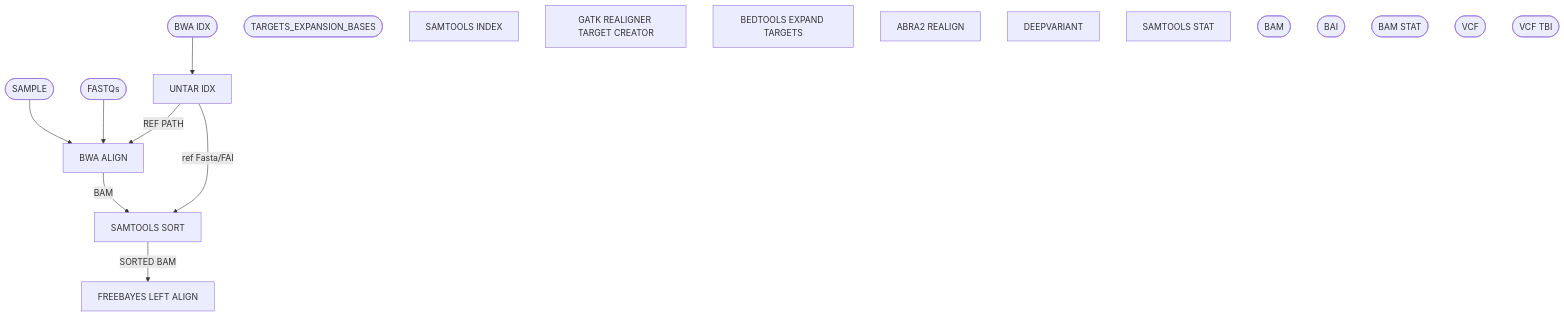
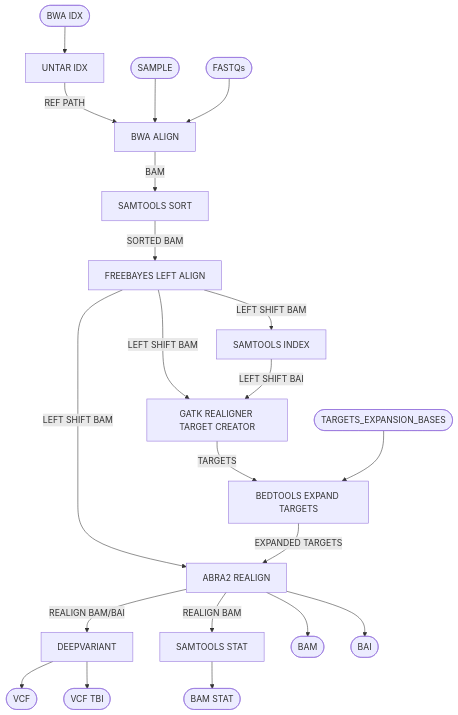
One commit to twlab/cig-pipelines changed the diagram in wdl/pipelines/genome/wgs.doc.md. Above: the diagram before and after it, drawn with Mermaid.

````diff
--- a/wdl/pipelines/genome/wgs.doc.md
+++ b/wdl/pipelines/genome/wgs.doc.md
@@ -6,31 +6,37 @@
 ```mermaid
   flowchart TB;
       i1([SAMPLE])
       i2([FASTQs]);
       i3([BWA IDX]);
       i4([TARGETS_EXPANSION_BASES])
 
       s1[UNTAR IDX];
       s2[BWA ALIGN];
       s3[SAMTOOLS SORT];
       s4[FREEBAYES LEFT ALIGN];
       s5[SAMTOOLS INDEX];
       s6[GATK REALIGNER TARGET CREATOR];
       s7[BEDTOOLS EXPAND TARGETS];
       s8[ABRA2 REALIGN];
       s9[DEEPVARIANT];
       s10[SAMTOOLS STAT];
 
       o1([BAM])
       o2([BAI])
       o3([BAM STAT])
       o4([VCF])
       o5([VCF TBI])
 
-    
       i3-->s1;
       s1--REF PATH-->s2; i1-->s2; i2-->s2;
       s2--BAM-->s3;
-      s3--SORTED BAM-->s4; s1--ref Fasta/FAI-->s3;
+      s3--SORTED BAM-->s4;
+      s4--LEFT SHIFT BAM-->s5;
+      s4--LEFT SHIFT BAM-->s6; s5--LEFT SHIFT BAI-->s6;
+      s6--TARGETS-->s7; i4-->s7;
+      s4--LEFT SHIFT BAM-->s8; s7--EXPANDED TARGETS-->s8;
+      s8--REALIGN BAM/BAI-->s9;
+      s8--REALIGN BAM-->s10;
       
+      s8-->o1; s8-->o2; s9-->o4; s9-->o5; s10-->o3;
 ```
````
